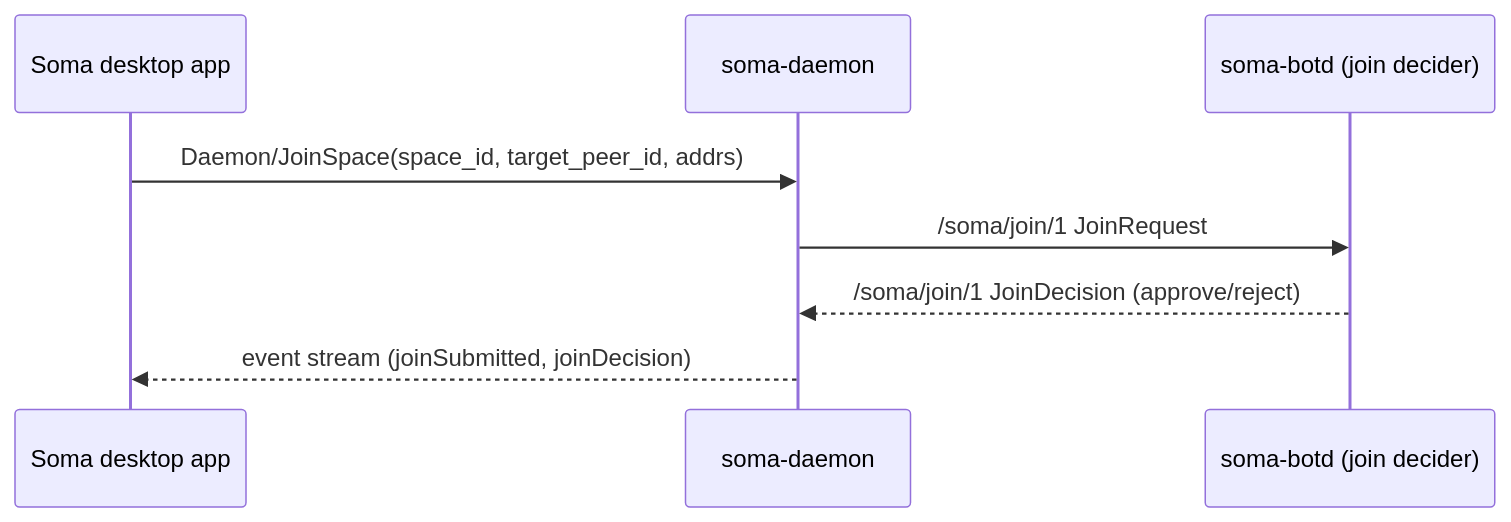
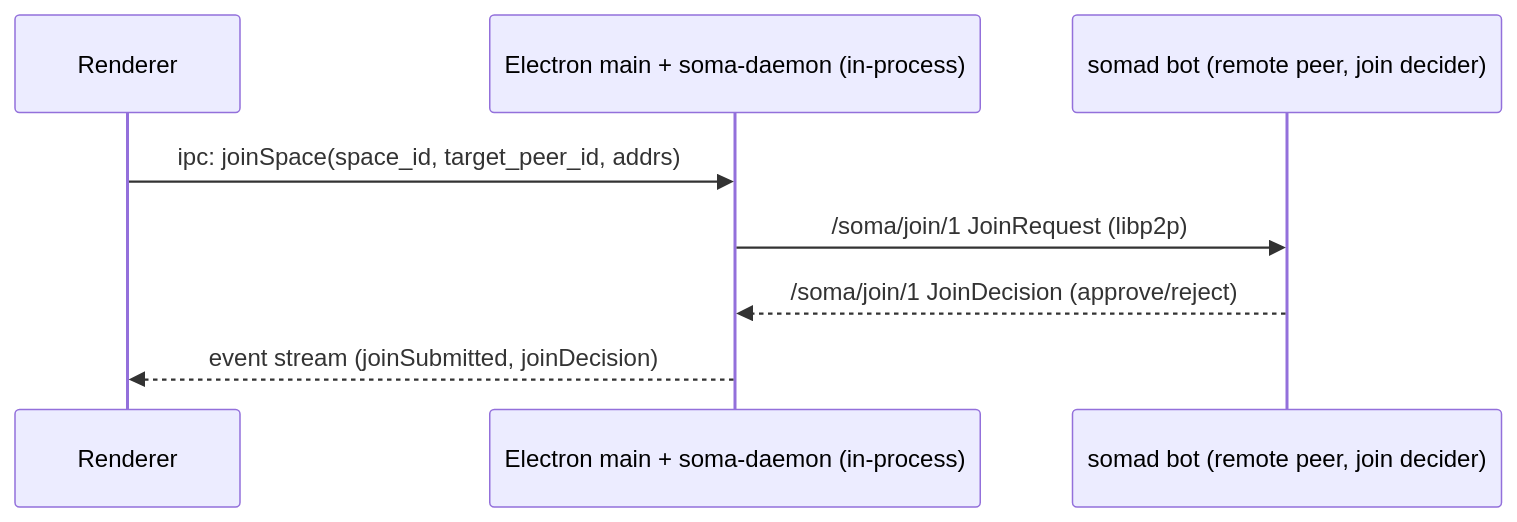
The second of 4 diagrams in docs/src/architecture/arc42/06-runtime-view.md (stephane-segning/soma), drawn with Mermaid before and after one commit. The commit also changed other lines of this file and 142 other files, not shown here.

````diff
--- a/docs/src/architecture/arc42/06-runtime-view.md
+++ b/docs/src/architecture/arc42/06-runtime-view.md
@@ -19,11 +22,11 @@
 ```mermaid
 sequenceDiagram
-  participant UI as Soma desktop app
-  participant Daemon as soma-daemon
-  participant Bot as soma-botd (join decider)
+  participant UI as Renderer
+  participant Main as Electron main + soma-daemon (in-process)
+  participant Bot as somad bot (remote peer, join decider)
 
-  UI->>Daemon: Daemon/JoinSpace(space_id, target_peer_id, addrs)
-  Daemon->>Bot: /soma/join/1 JoinRequest
-  Bot-->>Daemon: /soma/join/1 JoinDecision (approve/reject)
-  Daemon-->>UI: event stream (joinSubmitted, joinDecision)
+  UI->>Main: ipc: joinSpace(space_id, target_peer_id, addrs)
+  Main->>Bot: /soma/join/1 JoinRequest (libp2p)
+  Bot-->>Main: /soma/join/1 JoinDecision (approve/reject)
+  Main-->>UI: event stream (joinSubmitted, joinDecision)
 ```
````
